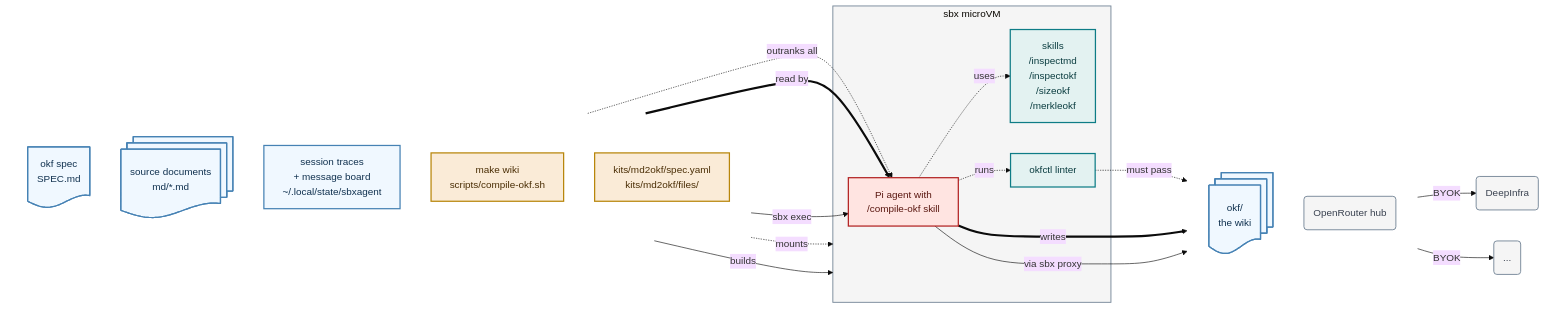
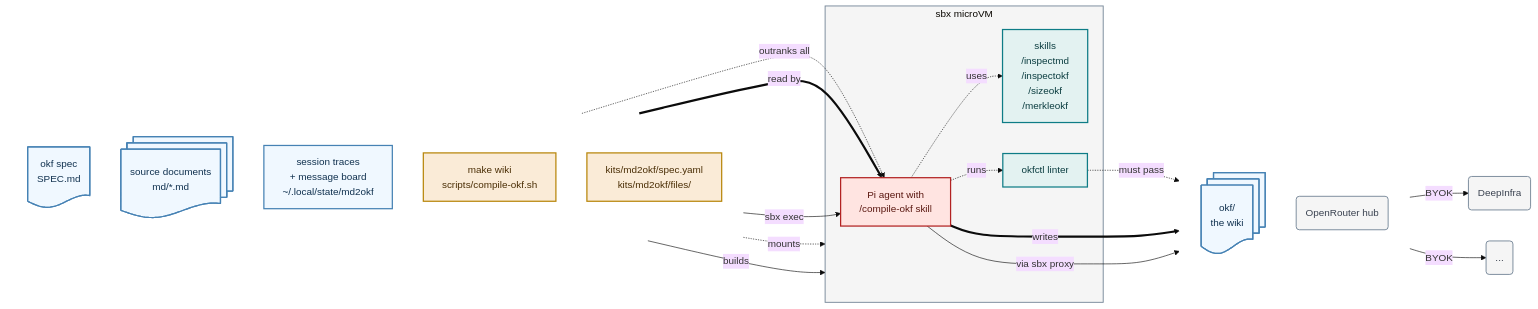
The diagram in README.md (lars20070/md2okf), drawn with Mermaid (base theme) before and after one commit. The commit also changed 14 other files, not shown here.

````diff
--- a/README.md
+++ b/README.md
@@ -23,52 +23,52 @@
 ```mermaid
 flowchart LR
   subgraph IN[" "]
     direction TB
     SPEC@{ shape: doc, label: "okf spec<br>SPEC.md"}
     MD@{ shape: docs, label: "source documents<br>md/*.md"}
-    STATE["session traces<br> + message board<br/>~/.local/state/sbxagent"]
+    STATE["session traces<br> + message board<br/>~/.local/state/md2okf"]
     DRV["make wiki<br/>scripts/compile-okf.sh"]
     KIT["kits/md2okf/spec.yaml<br/>kits/md2okf/files/"]
   end
 
   subgraph VM["sbx microVM"]
     PI["Pi agent with<br/>/compile-okf skill"]
     TOOLS["skills<br>/inspectmd<br/>/inspectokf<br/>/sizeokf<br/>/merkleokf"]
     LINT["okfctl linter"]
   end
 
   subgraph OUT[" "]
     direction TB
     OKF@{ shape: docs, label: "okf/<br/>the wiki"}
     NET("OpenRouter hub")
   end
   NET1("DeepInfra")
   NET2("...")
 
   SPEC -.->|"outranks all"| PI
   MD ==>|"read by"| PI
   STATE -.->|"mounts"| VM
   STATE ~~~ PI
   DRV -->|"sbx exec"| PI
   KIT -->|"builds"| VM
   PI -.->|"uses"| TOOLS
   PI -.->|"runs"| LINT
   LINT -.->|"must pass"| OKF
   PI ==>|"writes"| OKF
   PI -->|"via sbx proxy"| NET
   NET -->|"BYOK"| NET1 & NET2
 
   classDef data    fill:aliceblue,stroke:steelblue,stroke-width:2px,color:#10314F
   classDef host    fill:antiquewhite,stroke:darkgoldenrod,stroke-width:2px,color:#4A2E05
   classDef helper  fill:#E3F2F1,stroke:#0E7C86,stroke-width:2px,color:#0B3D40
   classDef agent   fill:mistyrose,stroke:firebrick,stroke-width:2px,color:#5A1710
   classDef ext     fill:whitesmoke,stroke:lightslategray,stroke-width:1.5px,color:#3A4250
   class MD,SPEC,STATE,OKF data
   class KIT,DRV host
   class TOOLS,LINT helper
   class PI agent
   class NET,NET1,NET2 ext
   style VM fill:whitesmoke,stroke:lightslategray,stroke-width:1.5px
   style IN fill:none,stroke:none
   style OUT fill:none,stroke:none
 ```
````
